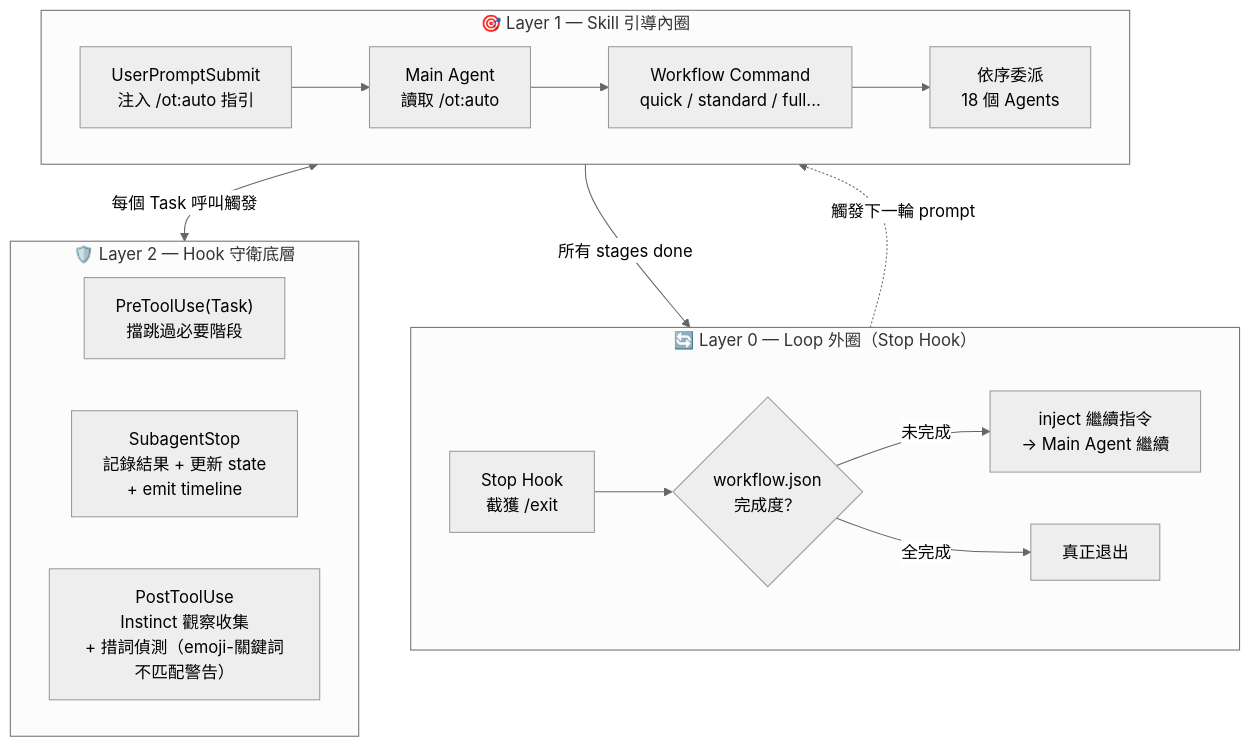
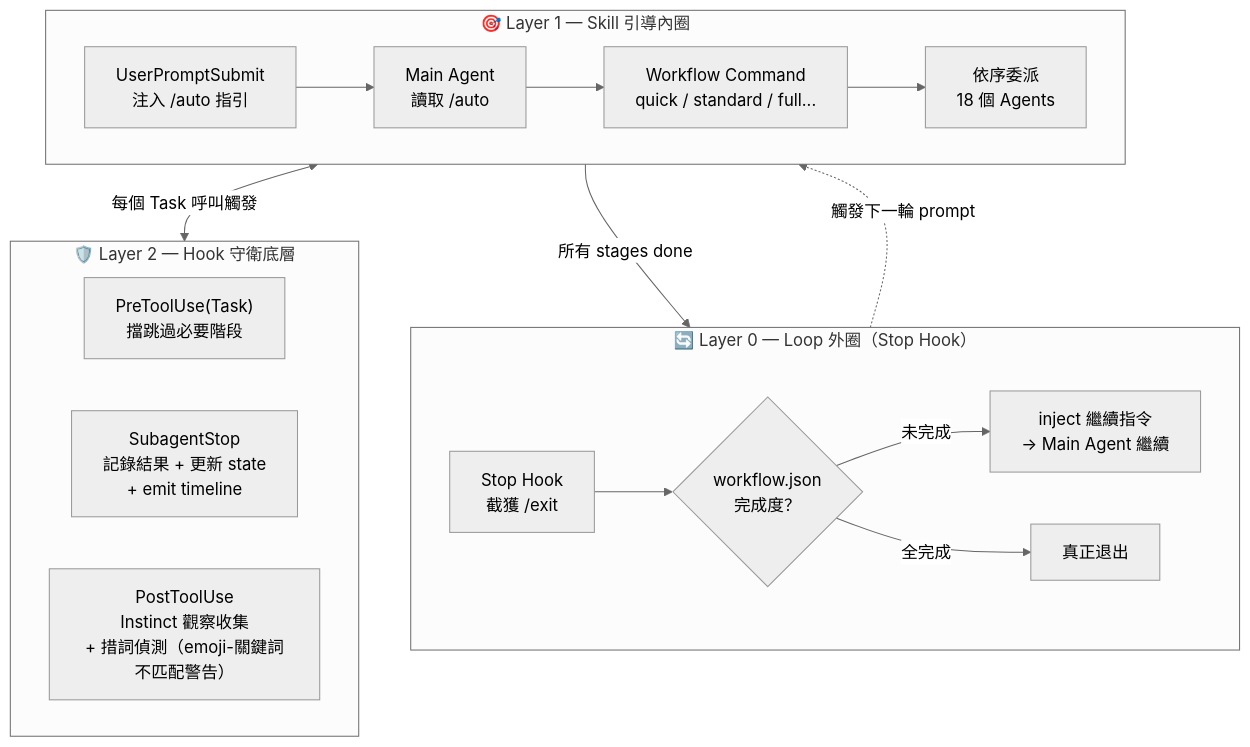
Before and after one commit to ryu111/overtone: the first of 3 diagrams in docs/spec/workflow-diagram.md, drawn with Mermaid (neutral theme). The commit also changed other lines of this file and 56 other files, not shown here.

````diff
--- a/docs/spec/workflow-diagram.md
+++ b/docs/spec/workflow-diagram.md
@@ -8,33 +8,33 @@
 ```mermaid
 flowchart TB
     subgraph L0["🔄 Layer 0 — Loop 外圈（Stop Hook）"]
         direction LR
         SH["Stop Hook\n截獲 /exit"]
         WC{"workflow.json\n完成度？"}
         CONT["inject 繼續指令\n→ Main Agent 繼續"]
         EXIT["真正退出"]
         SH --> WC
         WC -- "未完成" --> CONT
         WC -- "全完成" --> EXIT
     end
 
     subgraph L1["🎯 Layer 1 — Skill 引導內圈"]
         direction LR
-        US["UserPromptSubmit\n注入 /ot:auto 指引"]
-        MA["Main Agent\n讀取 /ot:auto"]
+        US["UserPromptSubmit\n注入 /auto 指引"]
+        MA["Main Agent\n讀取 /auto"]
         WF["Workflow Command\nquick / standard / full..."]
         AG["依序委派\n18 個 Agents"]
         US --> MA --> WF --> AG
     end
 
     subgraph L2["🛡️ Layer 2 — Hook 守衛底層"]
         direction LR
         PT["PreToolUse(Task)\n擋跳過必要階段"]
         SS["SubagentStop\n記錄結果 + 更新 state\n+ emit timeline"]
         PO["PostToolUse\nInstinct 觀察收集\n+ 措詞偵測（emoji-關鍵詞不匹配警告）"]
     end
 
     CONT -.->|"觸發下一輪 prompt"| L1
     L1 <-->|"每個 Task 呼叫觸發"| L2
     L1 -->|"所有 stages done"| L0
 ```
````
